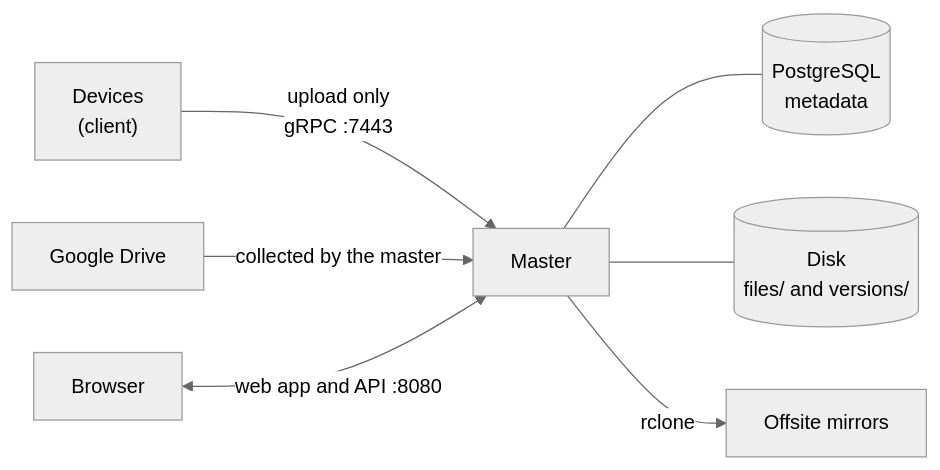
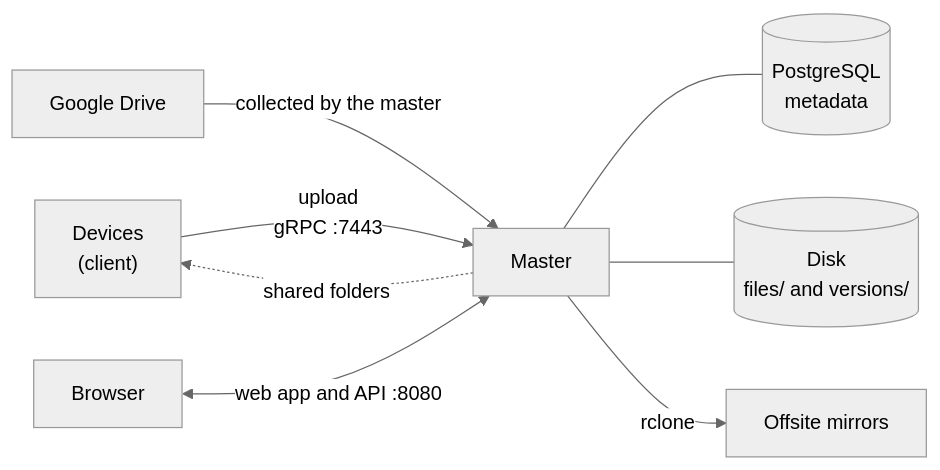
Before and after one commit to jameelhamdan/fafnirx: the diagram in docs/overview.md, drawn with Mermaid (neutral theme). The commit also changed other lines of this file and 79 other files, not shown here.

````diff
--- a/docs/overview.md
+++ b/docs/overview.md
@@ -7,9 +7,10 @@
 ```mermaid
 flowchart LR
-    D["Devices<br/>(client)"] -->|"upload only<br/>gRPC :7443"| M["Master"]
+    D["Devices<br/>(client)"] -->|"upload<br/>gRPC :7443"| M["Master"]
+    M -.->|"shared folders"| D
     G["Google Drive"] -->|"collected by the master"| M
     A["Browser"] <-->|"web app and API :8080"| M
     M --- PG[("PostgreSQL<br/>metadata")]
     M --- FS[("Disk<br/>files/ and versions/")]
     M -->|"rclone"| O["Offsite mirrors"]
 ```
````
